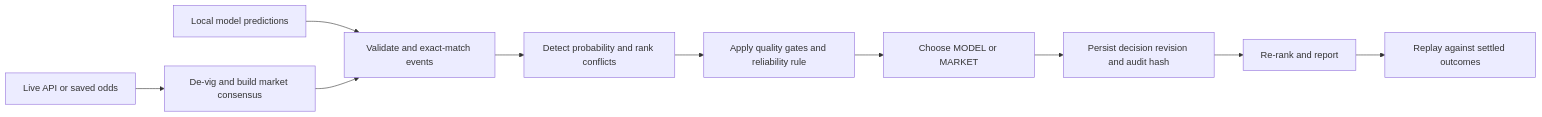
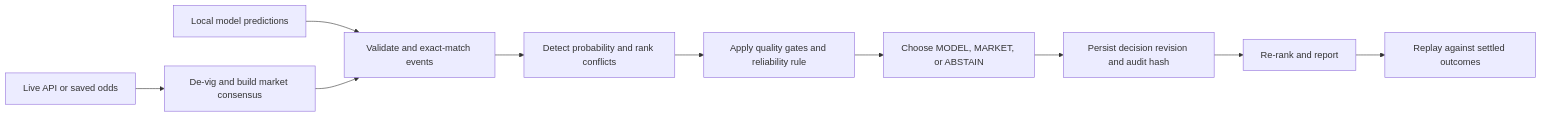
Before and after one commit to Abp0101/signaljudge: the diagram in README.md, drawn with Mermaid.

Commit message:
Align agent diagram with abstention policy

````diff
--- a/README.md
+++ b/README.md
@@ -188,12 +188,12 @@
 ```mermaid
 flowchart LR
     A["Local model predictions"] --> C["Validate and exact-match events"]
     B["Live API or saved odds"] --> D["De-vig and build market consensus"]
     D --> C
     C --> E["Detect probability and rank conflicts"]
     E --> F["Apply quality gates and reliability rule"]
-    F --> G["Choose MODEL or MARKET"]
+    F --> G["Choose MODEL, MARKET, or ABSTAIN"]
     G --> H["Persist decision revision and audit hash"]
     H --> I["Re-rank and report"]
     I --> J["Replay against settled outcomes"]
 ```
````
